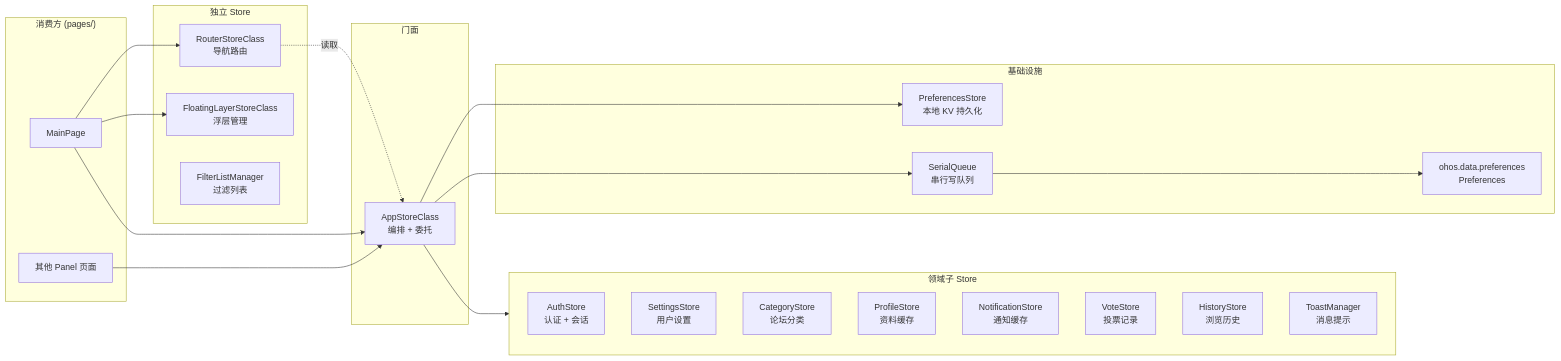
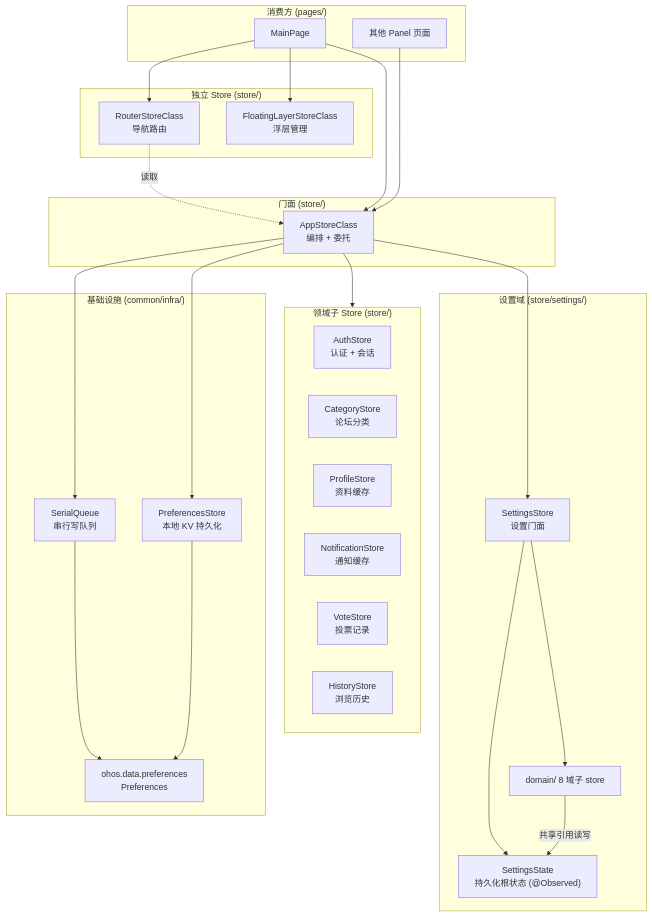
Before and after one commit to wgzysq-rgb/nga_harmony: the first of 2 diagrams in .wiki/状态管理层/Store架构.md, drawn with Mermaid. The commit also changed other lines of this file and 12 other files, not shown here.

````diff
--- a/.wiki/状态管理层/Store架构.md
+++ b/.wiki/状态管理层/Store架构.md
@@ -7,44 +9,52 @@
 ```mermaid
-graph LR
-    subgraph Facade["门面"]
+graph TB
+    subgraph Facade["门面 (store/)"]
         AStore["AppStoreClass<br/>编排 + 委托"]
     end
 
-    subgraph Children["领域子 Store"]
+    subgraph Children["领域子 Store (store/)"]
         Auth["AuthStore<br/>认证 + 会话"]
-        Settings["SettingsStore<br/>用户设置"]
         Cat["CategoryStore<br/>论坛分类"]
         Profile["ProfileStore<br/>资料缓存"]
         Noti["NotificationStore<br/>通知缓存"]
         Vote["VoteStore<br/>投票记录"]
         History["HistoryStore<br/>浏览历史"]
-        Toast["ToastManager<br/>消息提示"]
     end
 
-    subgraph Infra["基础设施"]
+    subgraph Settings["设置域 (store/settings/)"]
+        SSett["SettingsStore<br/>设置门面"]
+        SState["SettingsState<br/>持久化根状态 (@Observed)"]
+        SDom["domain/ 8 域子 store"]
+        SSett --> SState
+        SSett --> SDom
+        SDom -->|"共享引用读写"| SState
+    end
+
+    subgraph Other["独立 Store (store/)"]
+        RStore["RouterStoreClass<br/>导航路由"]
+        FLStore["FloatingLayerStoreClass<br/>浮层管理"]
+    end
+
+    subgraph Infra["基础设施 (common/infra/)"]
         PStore["PreferencesStore<br/>本地 KV 持久化"]
         SQ["SerialQueue<br/>串行写队列"]
         PS["ohos.data.preferences<br/>Preferences"]
-    end
-
-    subgraph Other["独立 Store"]
-        RStore["RouterStoreClass<br/>导航路由"]
-        FLStore["FloatingLayerStoreClass<br/>浮层管理"]
-        FLM["FilterListManager<br/>过滤列表"]
     end
 
     subgraph Consumer["消费方 (pages/)"]
         MPage["MainPage"]
         Others["其他 Panel 页面"]
     end
 
     AStore --> Children
+    AStore --> SSett
     AStore --> PStore
     AStore --> SQ
     SQ --> PS
+    PStore --> PS
     RStore -.->|"读取"| AStore
     MPage --> RStore
     MPage --> AStore
     MPage --> FLStore
     Others --> AStore
 ```
````
